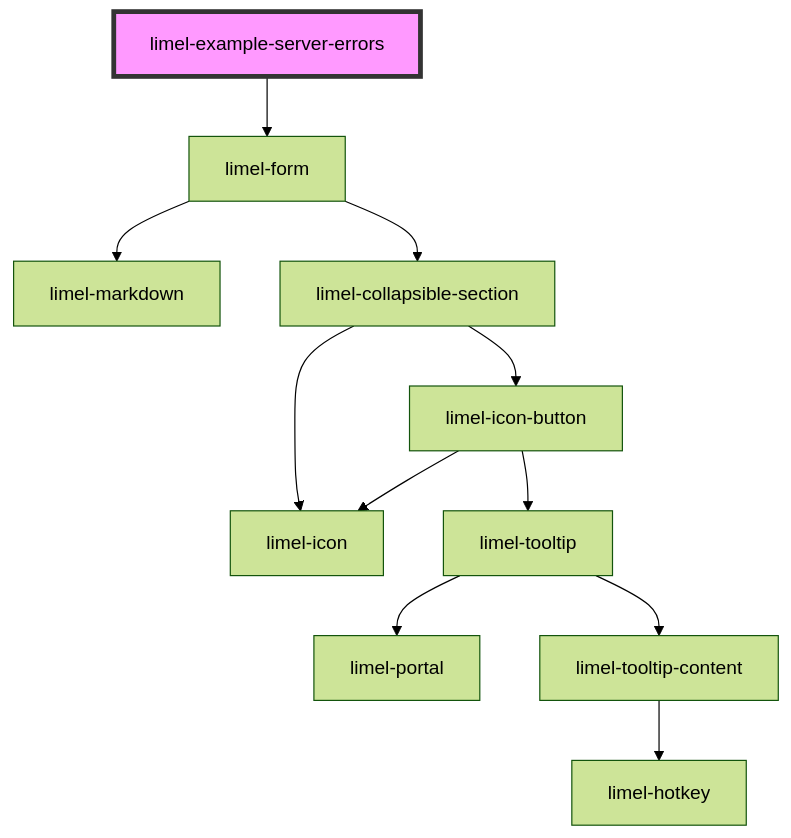
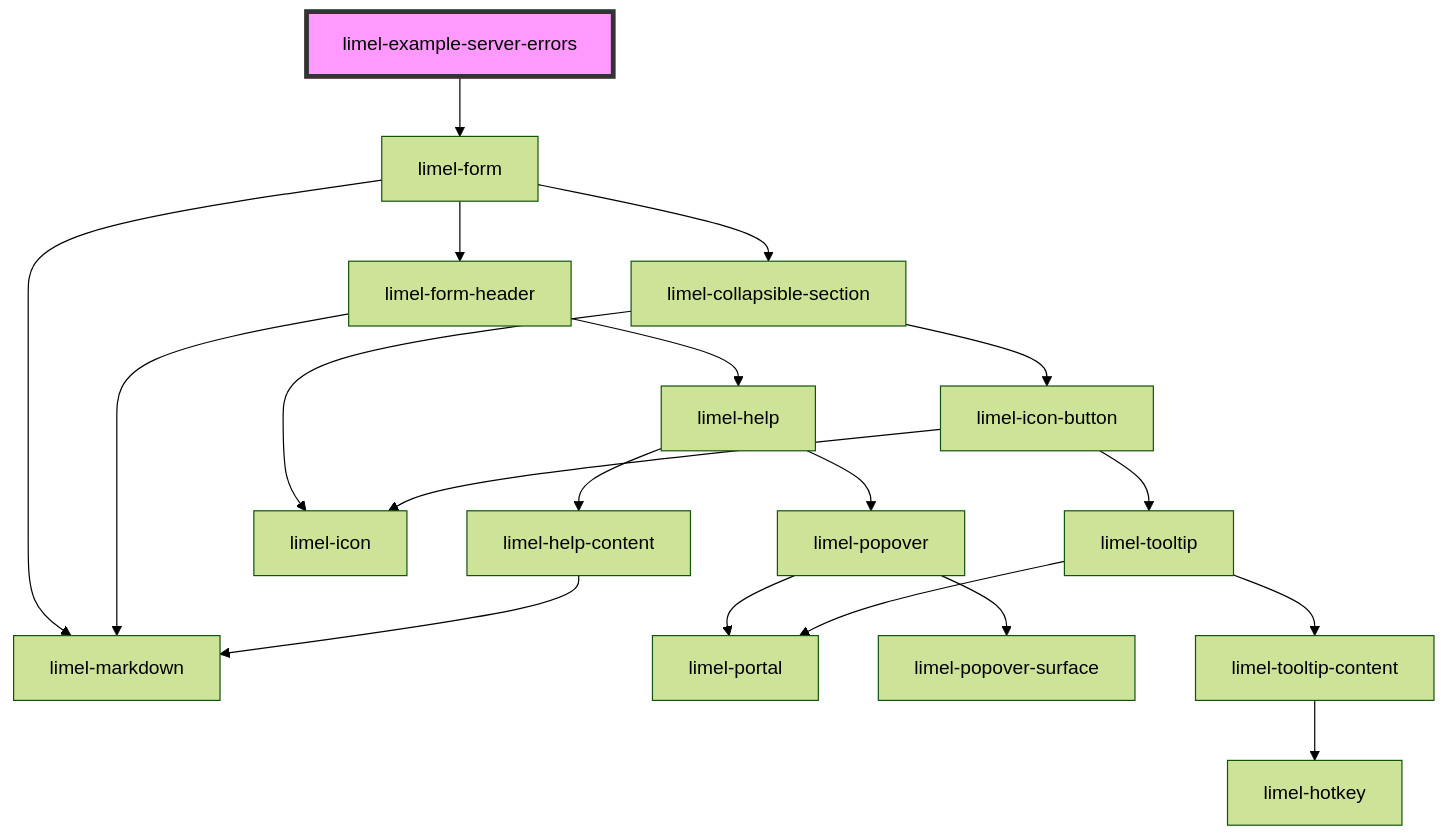
Before and after one commit to Lundalogik/lime-elements: the diagram in versions/PR-4456/markdown-docs/components/form/examples/readme.md, drawn with Mermaid (forest theme). The commit also changed 616 other files, not shown here.

````diff
--- a/versions/PR-4456/markdown-docs/components/form/examples/readme.md
+++ b/versions/PR-4456/markdown-docs/components/form/examples/readme.md
@@ -16,14 +16,22 @@
 ```mermaid
 graph TD;
   limel-example-server-errors --> limel-form
   limel-form --> limel-markdown
+  limel-form --> limel-form-header
   limel-form --> limel-collapsible-section
+  limel-form-header --> limel-help
+  limel-form-header --> limel-markdown
+  limel-help --> limel-popover
+  limel-help --> limel-help-content
+  limel-popover --> limel-portal
+  limel-popover --> limel-popover-surface
+  limel-help-content --> limel-markdown
   limel-collapsible-section --> limel-icon
   limel-collapsible-section --> limel-icon-button
   limel-icon-button --> limel-icon
   limel-icon-button --> limel-tooltip
   limel-tooltip --> limel-portal
   limel-tooltip --> limel-tooltip-content
   limel-tooltip-content --> limel-hotkey
   style limel-example-server-errors fill:#f9f,stroke:#333,stroke-width:4px
 ```
````
